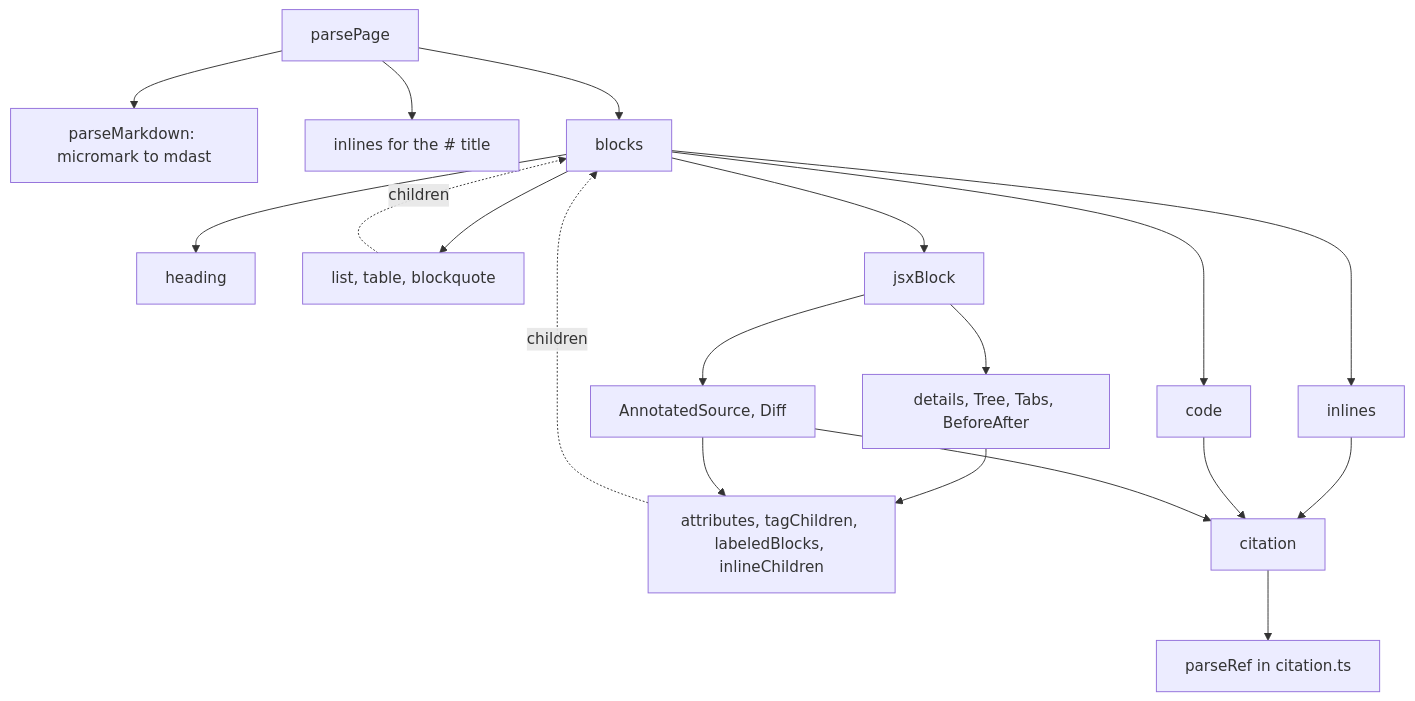
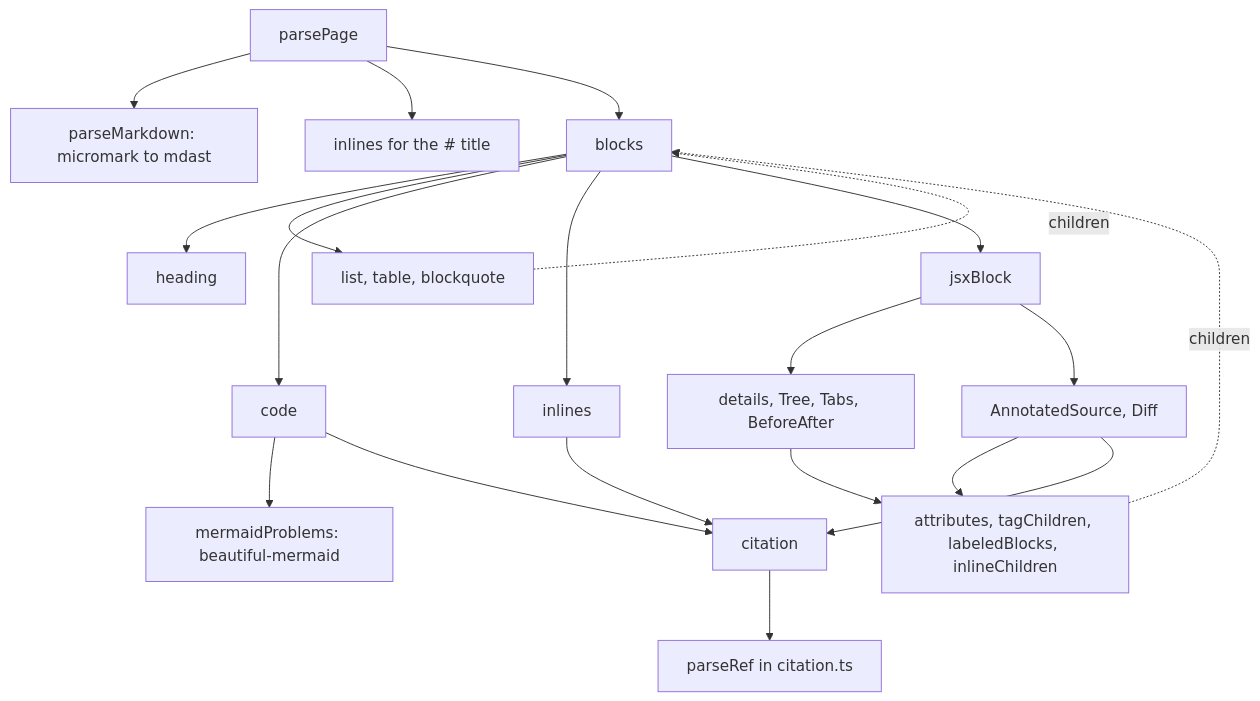
The diagram in docs/en/parse-page.md (5u4/explain-this), drawn with Mermaid before and after one commit. The commit also changed other lines of this file and 17 other files, not shown here.

First line of the commit message:
feat(contract): report mermaid the renderer drops and unsupported markdown

````diff
--- a/docs/en/parse-page.md
+++ b/docs/en/parse-page.md
@@ -30,21 +31,22 @@
 ```mermaid
 flowchart TD
   P["parsePage"] --> M["parseMarkdown: micromark to mdast"]
   P --> T["inlines for the # title"]
   P --> B["blocks"]
   B --> H["heading"]
   B --> Q["list, table, blockquote"]
   B --> C["code"]
+  C --> MM["mermaidProblems: beautiful-mermaid"]
   B --> I["inlines"]
   B --> J["jsxBlock"]
   Q -.->|children| B
   J --> L["details, Tree, Tabs, BeforeAfter"]
   J --> S["AnnotatedSource, Diff"]
   L --> K["attributes, tagChildren, labeledBlocks, inlineChildren"]
   S --> K
   K -.->|children| B
   I --> R["citation"]
   C --> R
   S --> R
   R --> PR["parseRef in citation.ts"]
 ```
````
